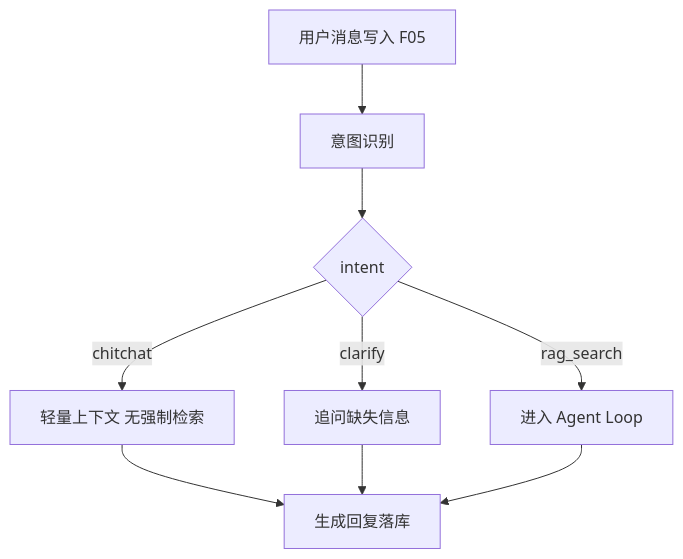
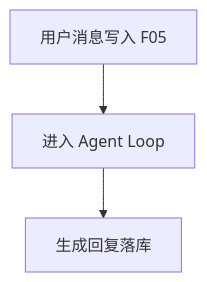
The first of 2 diagrams in docs/specs/phase1/features/F06-rag-agent.md (zmisi/rag-as-service), drawn with Mermaid before and after one commit. The commit also changed other lines of this file and 6 other files, not shown here.

````diff
--- a/docs/specs/phase1/features/F06-rag-agent.md
+++ b/docs/specs/phase1/features/F06-rag-agent.md
@@ -34,11 +35,5 @@
 ```mermaid
 flowchart TD
-  A[用户消息写入 F05] --> B[意图识别]
-  B --> C{intent}
-  C -->|chitchat| D[轻量上下文 无强制检索]
-  C -->|clarify| E[追问缺失信息]
-  C -->|rag_search| F[进入 Agent Loop]
-  D --> Z[生成回复落库]
-  E --> Z
-  F --> Z
+  A[用户消息写入 F05] --> B[进入 Agent Loop]
+  B --> Z[生成回复落库]
 ```
````
